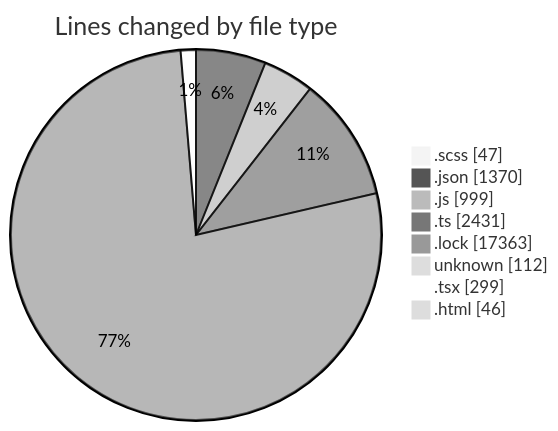
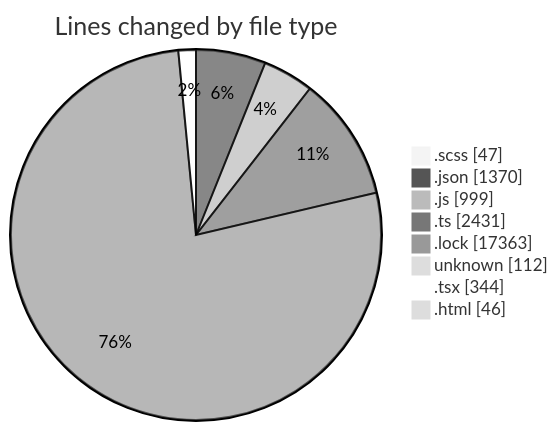
Before and after one commit to momahboobian/code-tracking: the first of 2 diagrams in 2026-04-21/cda/README.md, drawn with Mermaid (neutral theme). The commit also changed other lines of this file and 1 other file, not shown here.

````diff
--- a/2026-04-21/cda/README.md
+++ b/2026-04-21/cda/README.md
@@ -54,12 +54,12 @@
 ```mermaid
 pie showData
 title Lines changed by file type
 ".scss" : 47
 ".json" : 1370
 ".js" : 999
 ".ts" : 2431
 ".lock" : 17363
 "unknown" : 112
-".tsx" : 299
+".tsx" : 344
 ".html" : 46
 ```
````
